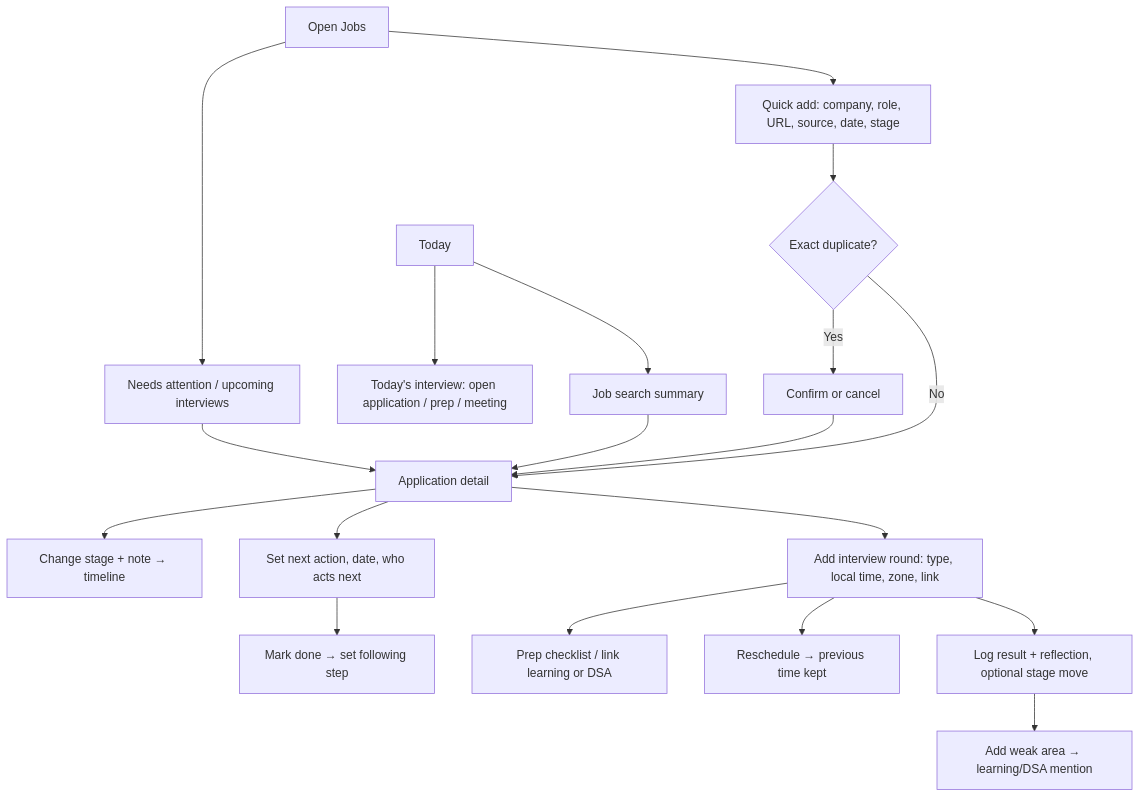
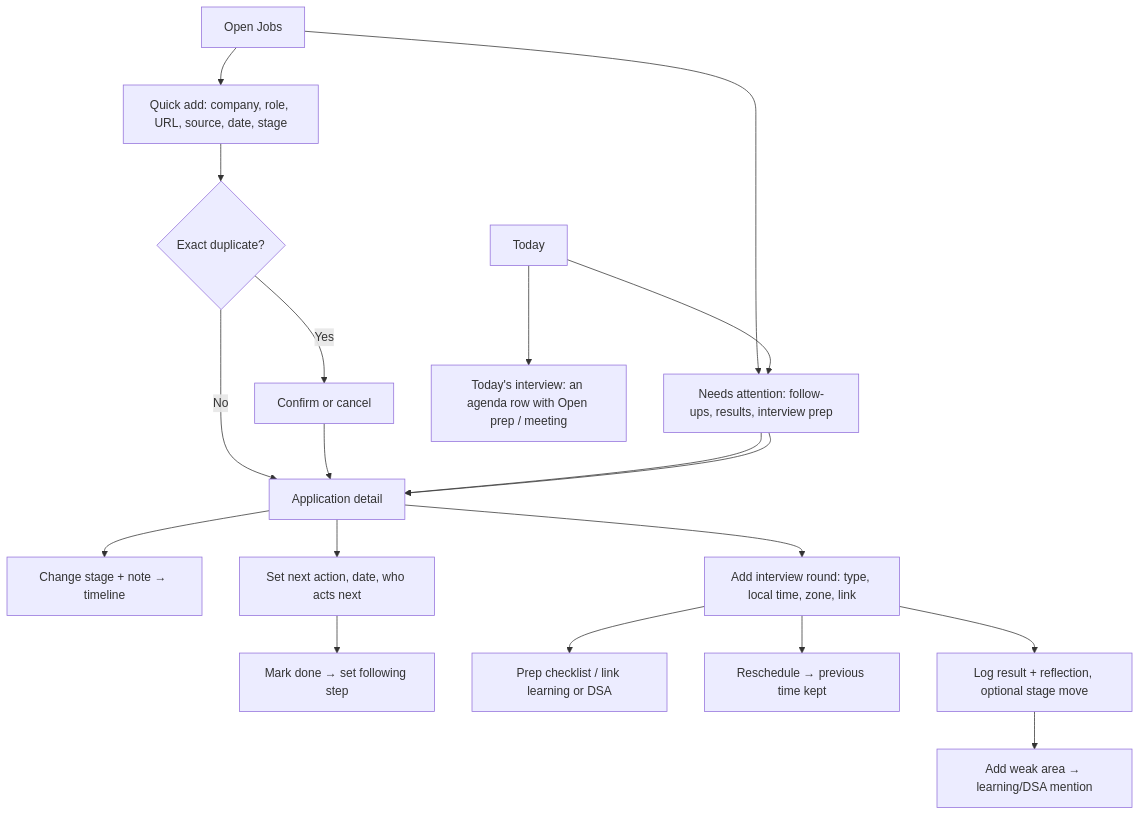
Before and after one commit to Shams261/CareerOs: the sixth of 9 diagrams in docs/product/user-flows.md, drawn with Mermaid. The commit also changed 16 other files, not shown here.

Commit message:
docs(wi-020): document Today redesign and acceptance results

````diff
--- a/docs/product/user-flows.md
+++ b/docs/product/user-flows.md
@@ -109,21 +109,21 @@
 ```mermaid
 flowchart TD
   Jobs[Open Jobs] --> Attention[Needs attention / upcoming interviews]
   Jobs --> Quick[Quick add: company, role, URL, source, date, stage]
   Quick --> Dup{Exact duplicate?}
   Dup -->|Yes| Confirm[Confirm or cancel]
   Dup -->|No| App[Application detail]
   Confirm --> App
   Attention --> App
   App --> Stage[Change stage + note → timeline]
   App --> Next[Set next action, date, who acts next]
   Next --> Done[Mark done → set following step]
   App --> Round[Add interview round: type, local time, zone, link]
   Round --> Prep[Prep checklist / link learning or DSA]
   Round --> Resched[Reschedule → previous time kept]
   Round --> Result[Log result + reflection, optional stage move]
   Result --> Gap[Add weak area → learning/DSA mention]
-  Today[Today] --> Interview[Today's interview: open application / prep / meeting]
-  Today --> Summary[Job search summary]
-  Summary --> App
+  Today[Today] --> Interview[Today's interview: an agenda row with Open prep / meeting]
+  Today --> Attention[Needs attention: follow-ups, results, interview prep]
+  Attention --> App
 ```
````
